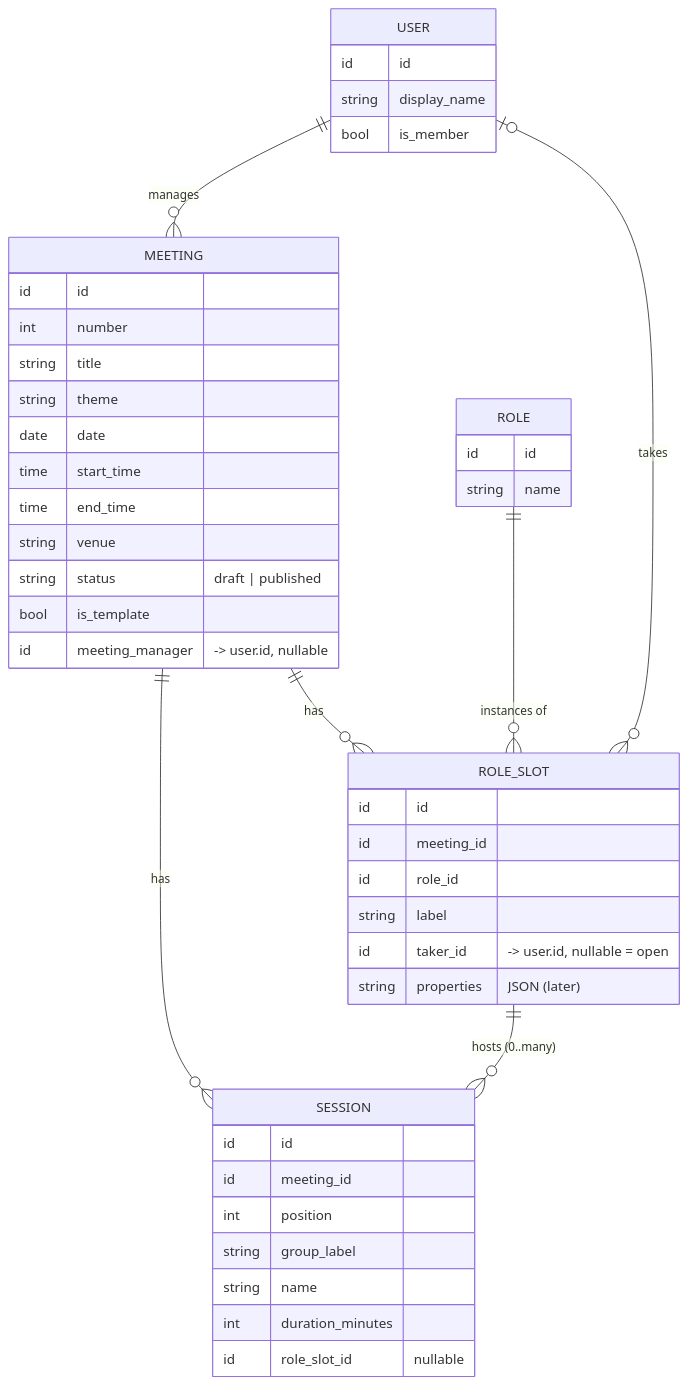
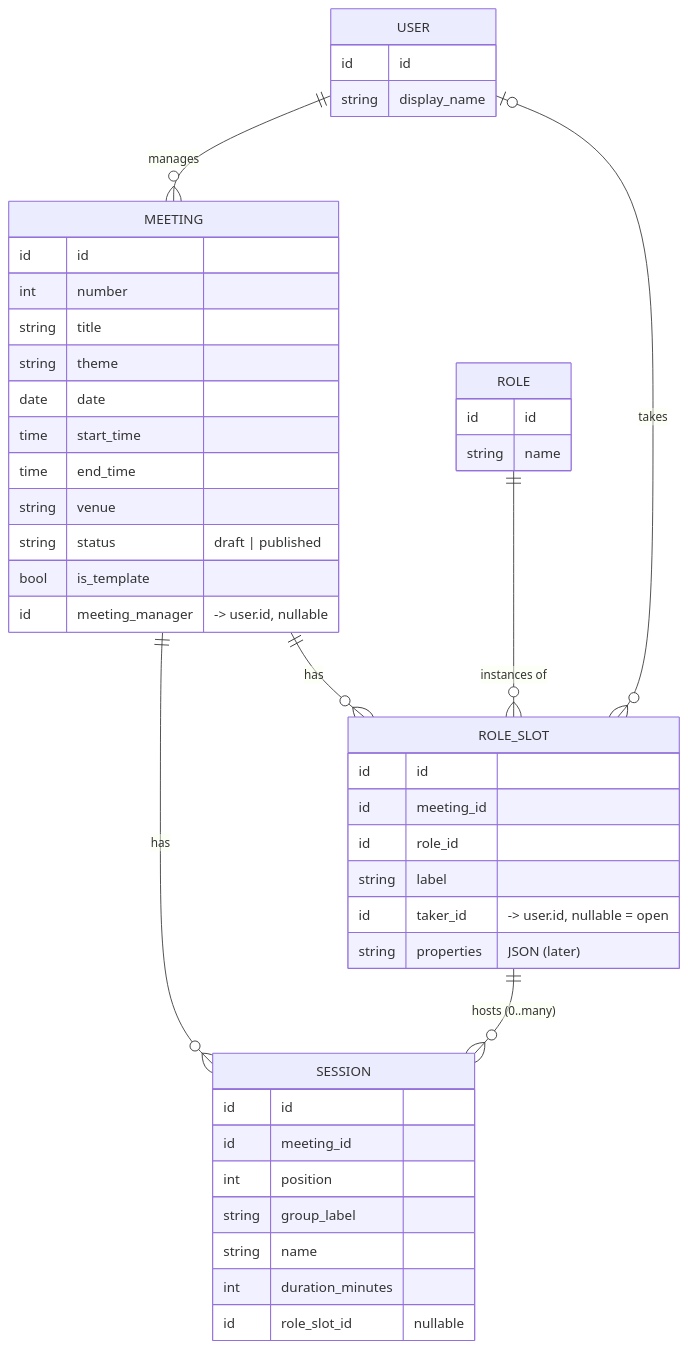
Before and after one commit to misu-tmc/misu: the diagram in design/storage/schema.md, drawn with Mermaid. The commit also changed other lines of this file and 1 other file, not shown here.

````diff
--- a/design/storage/schema.md
+++ b/design/storage/schema.md
@@ -14,49 +14,48 @@
 ```mermaid
 erDiagram
     USER      ||--o{ MEETING   : manages
     MEETING   ||--o{ SESSION   : has
     MEETING   ||--o{ ROLE_SLOT : has
     ROLE      ||--o{ ROLE_SLOT : "instances of"
     ROLE_SLOT ||--o{ SESSION   : "hosts (0..many)"
     USER      |o--o{ ROLE_SLOT : "takes"
 
     USER {
         id     id
         string display_name
-        bool   is_member
     }
     MEETING {
         id     id
         int    number
         string title
         string theme
         date   date
         time   start_time
         time   end_time
         string venue
         string status "draft | published"
         bool   is_template
         id     meeting_manager "-> user.id, nullable"
     }
     SESSION {
         id     id
         id     meeting_id
         int    position
         string group_label
         string name
         int    duration_minutes
         id     role_slot_id "nullable"
     }
     ROLE {
         id     id
         string name
     }
     ROLE_SLOT {
         id     id
         id     meeting_id
         id     role_id
         string label
         id     taker_id "-> user.id, nullable = open"
         string properties "JSON (later)"
     }
 ```
````
